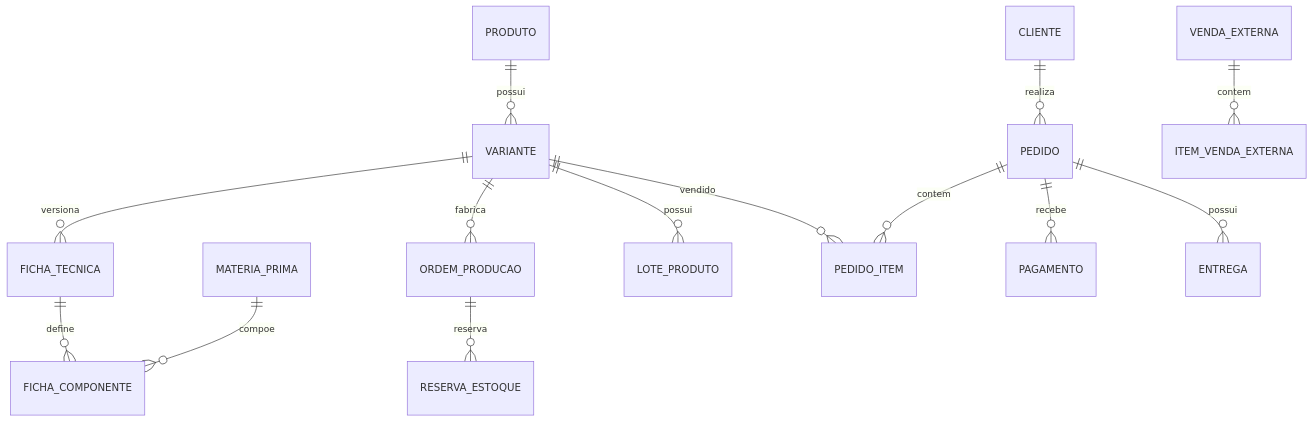
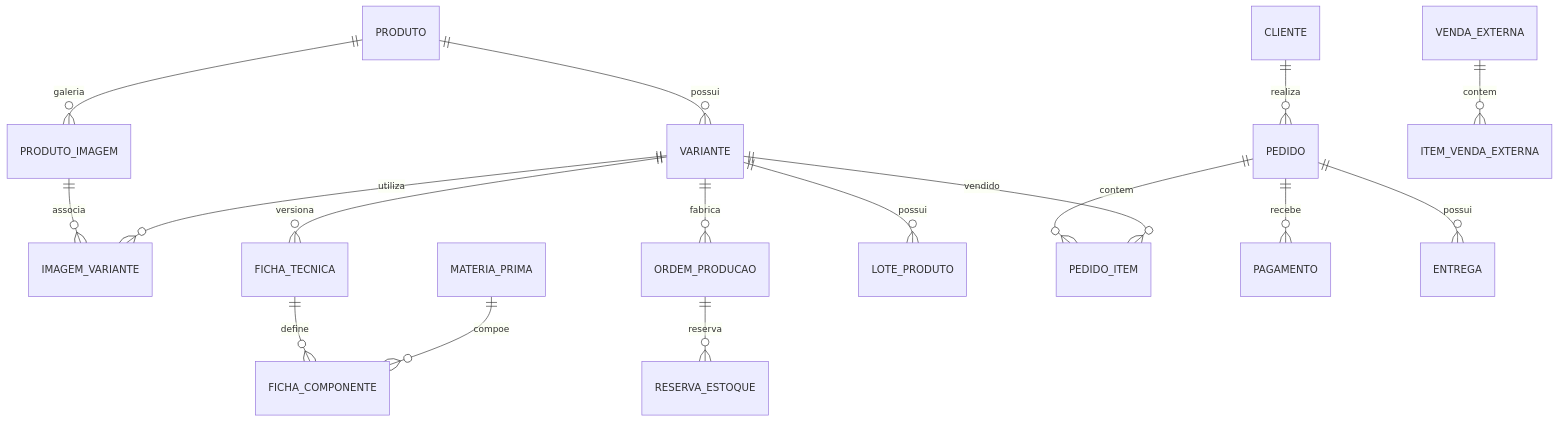
One commit to GustavoTessaro/Xaquiamuni changed the second of 3 diagrams in docs/tdd.md. Above: the diagram before and after it, drawn with Mermaid. The commit also changed other lines of this file and 12 other files, not shown here.

````diff
--- a/docs/tdd.md
+++ b/docs/tdd.md
@@ -192,16 +193,19 @@
 ```mermaid
  erDiagram
   PRODUTO ||--o{ VARIANTE : possui
+  PRODUTO ||--o{ PRODUTO_IMAGEM : galeria
+  PRODUTO_IMAGEM ||--o{ IMAGEM_VARIANTE : associa
+  VARIANTE ||--o{ IMAGEM_VARIANTE : utiliza
   VARIANTE ||--o{ FICHA_TECNICA : versiona
   FICHA_TECNICA ||--o{ FICHA_COMPONENTE : define
   MATERIA_PRIMA ||--o{ FICHA_COMPONENTE : compoe
   VARIANTE ||--o{ ORDEM_PRODUCAO : fabrica
   ORDEM_PRODUCAO ||--o{ RESERVA_ESTOQUE : reserva
   VARIANTE ||--o{ LOTE_PRODUTO : possui
   CLIENTE ||--o{ PEDIDO : realiza
   PEDIDO ||--o{ PEDIDO_ITEM : contem
   PEDIDO ||--o{ PAGAMENTO : recebe
   PEDIDO ||--o{ ENTREGA : possui
   VARIANTE ||--o{ PEDIDO_ITEM : vendido
   VENDA_EXTERNA ||--o{ ITEM_VENDA_EXTERNA : contem
 ```
````
